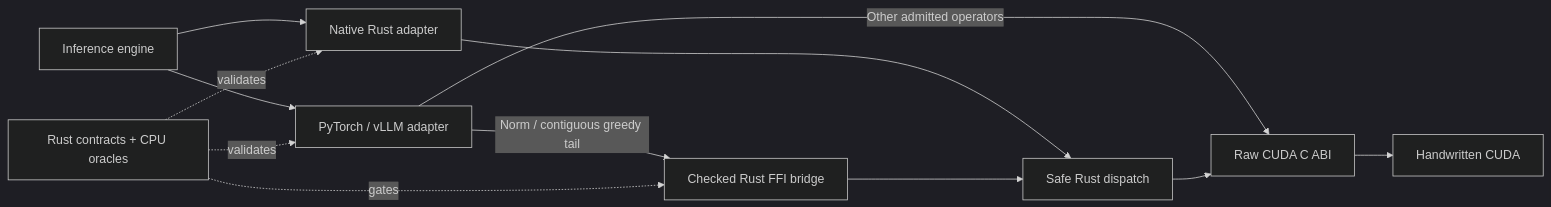
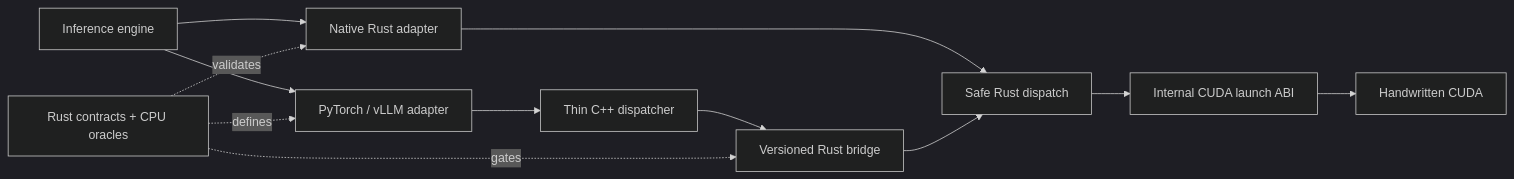
Before and after one commit to feichai0017/orbitkv: the diagram in README.md, drawn with Mermaid (dark theme). The commit also changed other lines of this file and 67 other files, not shown here.

First line of the commit message:
feat!: route every operator through the Rust bridge

````diff
--- a/README.md
+++ b/README.md
@@ -59,14 +59,14 @@
 ```mermaid
 flowchart LR
     A["Inference engine"] --> N["Native Rust adapter"]
     A --> P["PyTorch / vLLM adapter"]
-    P -- "Norm / contiguous greedy tail" --> B["Checked Rust FFI bridge"]
-    P -- "Other admitted operators" --> C["Raw CUDA C ABI"]
+    P --> T["Thin C++ dispatcher"]
+    T --> B["Versioned Rust bridge"]
     N --> R["Safe Rust dispatch"]
     B --> R
-    R --> C
+    R --> C["Internal CUDA launch ABI"]
     C --> D["Handwritten CUDA"]
     F["Rust contracts + CPU oracles"] -. validates .-> N
     F -. gates .-> B
-    F -. validates .-> P
+    F -. defines .-> P
 ```
````
